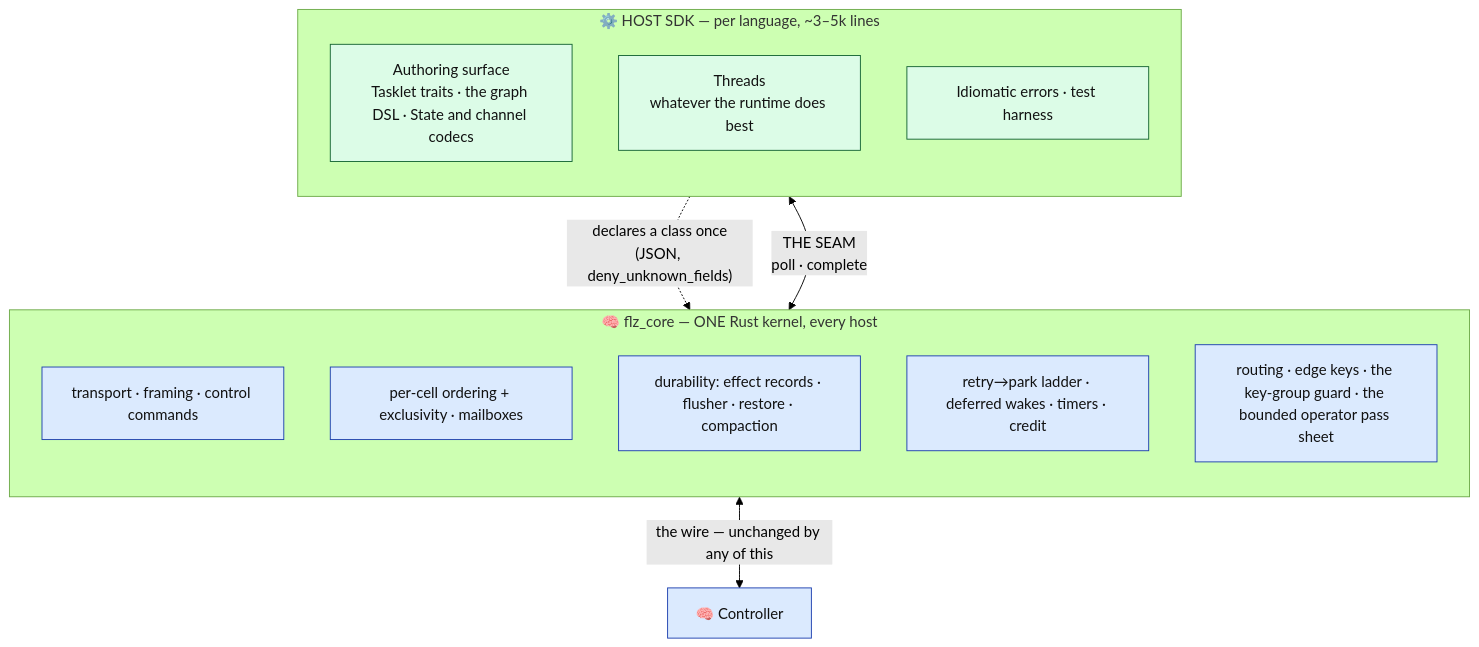
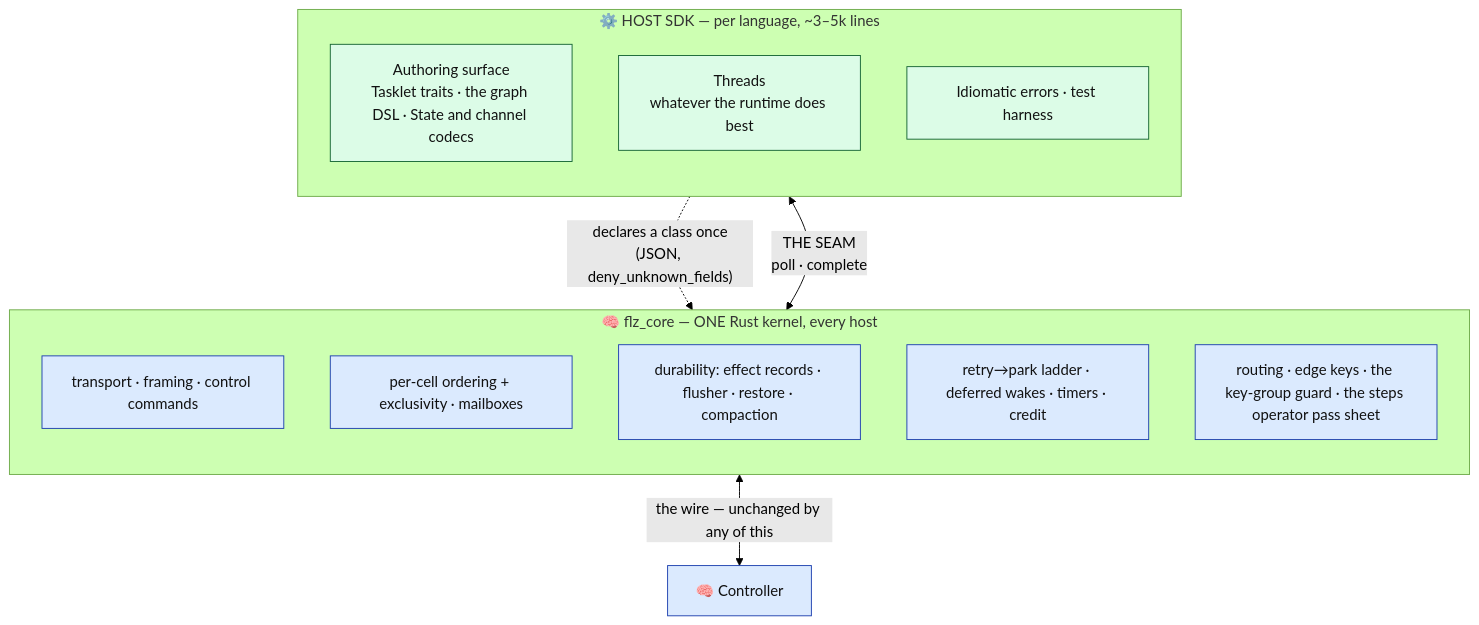
One commit to Flezha/flezha changed the first of 8 diagrams in docs/architecture/runner.md. Above: the diagram before and after it, drawn with Mermaid (forest theme). The commit also changed other lines of this file and 476 other files, not shown here.

````diff
--- a/docs/architecture/runner.md
+++ b/docs/architecture/runner.md
@@ -22,27 +22,27 @@
 ```mermaid
 flowchart TB
     subgraph HOST["⚙️ HOST SDK — per language, ~3–5k lines"]
         direction TB
         AUTH["Authoring surface<br/>Tasklet traits · the graph DSL · State and channel codecs"]:::exec
         THREADS["Threads<br/>whatever the runtime does best"]:::exec
         TEST["Idiomatic errors · test harness"]:::exec
     end
 
     subgraph CORE["🧠 flz_core — ONE Rust kernel, every host"]
         direction TB
         C1["transport · framing · control commands"]:::ctrl
         C2["per-cell ordering + exclusivity · mailboxes"]:::ctrl
         C3["durability: effect records · flusher · restore · compaction"]:::ctrl
         C4["retry→park ladder · deferred wakes · timers · credit"]:::ctrl
-        C5["routing · edge keys · the key-group guard · the bounded operator pass sheet"]:::ctrl
+        C5["routing · edge keys · the key-group guard · the steps operator pass sheet"]:::ctrl
     end
 
     CTRL["🧠 Controller"]:::ctrl
 
     AUTH -.->|"declares a class once<br/>(JSON, deny_unknown_fields)"| CORE
     THREADS <-->|"THE SEAM<br/>poll · complete"| CORE
     CORE <-->|"the wire — unchanged by any of this"| CTRL
 
     classDef ctrl fill:#dbeafe,stroke:#1e40af,color:#111
     classDef exec fill:#dcfce7,stroke:#166534,color:#111
 ```
````
